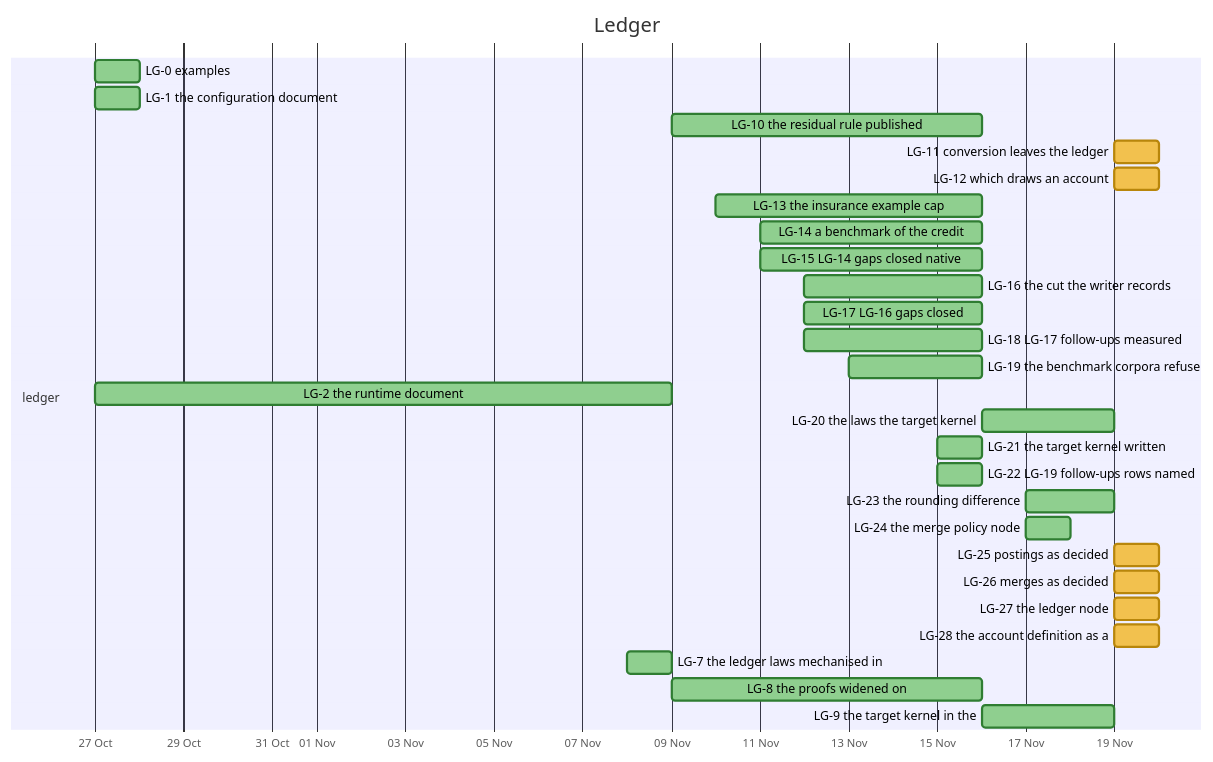
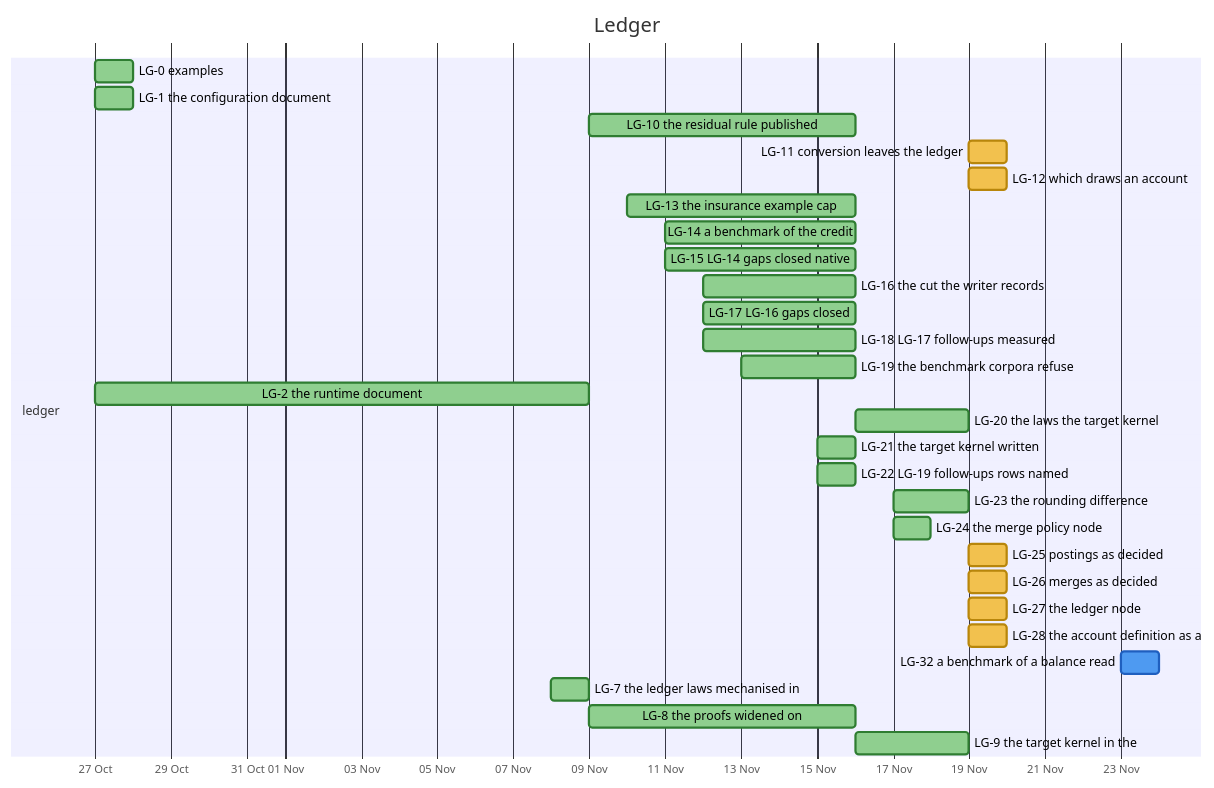
The tenth of 32 diagrams in docs/developer/ROADMAP.md (nebularis/lattice), drawn with Mermaid before and after one commit. The commit also changed other lines of this file and 4 other files, not shown here.

````diff
--- a/docs/developer/ROADMAP.md
+++ b/docs/developer/ROADMAP.md
@@ -338,33 +338,34 @@
 ```mermaid
 %%{init: {"themeVariables": {"taskBkgColor": "#f2c14e", "taskBorderColor": "#b8860b", "taskTextColor": "#000000", "activeTaskBkgColor": "#4e9af1", "activeTaskBorderColor": "#1f5fbf", "activeTaskBorderColor": "#1f5fbf", "doneTaskBkgColor": "#8fcf8f", "doneTaskBorderColor": "#2f7d32", "critBkgColor": "#f28b82", "critBorderColor": "#b23a30", "taskTextDarkColor": "#000000", "taskTextLightColor": "#000000"}}}%%
 gantt
     title Ledger
     dateFormat YYYY-MM-DD
     axisFormat %d %b
     section ledger
     LG-0 examples :done, lg0, 2026-10-27, 2026-10-28
     LG-1 the configuration document :done, lg1, 2026-10-27, 2026-10-28
     LG-10 the residual rule published :done, lg10, 2026-11-09, 2026-11-16
     LG-11 conversion leaves the ledger :lg11, 2026-11-19, 2026-11-20
     LG-12 which draws an account :lg12, 2026-11-19, 2026-11-20
     LG-13 the insurance example cap :done, lg13, 2026-11-10, 2026-11-16
     LG-14 a benchmark of the credit :done, lg14, 2026-11-11, 2026-11-16
     LG-15 LG-14 gaps closed native :done, lg15, 2026-11-11, 2026-11-16
     LG-16 the cut the writer records :done, lg16, 2026-11-12, 2026-11-16
     LG-17 LG-16 gaps closed :done, lg17, 2026-11-12, 2026-11-16
     LG-18 LG-17 follow-ups measured :done, lg18, 2026-11-12, 2026-11-16
     LG-19 the benchmark corpora refuse :done, lg19, 2026-11-13, 2026-11-16
     LG-2 the runtime document :done, lg2, 2026-10-27, 2026-11-09
     LG-20 the laws the target kernel :done, lg20, 2026-11-16, 2026-11-19
     LG-21 the target kernel written :done, lg21, 2026-11-15, 2026-11-16
     LG-22 LG-19 follow-ups rows named :done, lg22, 2026-11-15, 2026-11-16
     LG-23 the rounding difference :done, lg23, 2026-11-17, 2026-11-19
     LG-24 the merge policy node :done, lg24, 2026-11-17, 2026-11-18
     LG-25 postings as decided :lg25, 2026-11-19, 2026-11-20
     LG-26 merges as decided :lg26, 2026-11-19, 2026-11-20
     LG-27 the ledger node :lg27, 2026-11-19, 2026-11-20
     LG-28 the account definition as a :lg28, 2026-11-19, 2026-11-20
+    LG-32 a benchmark of a balance read :active, lg32, 2026-11-23, 2026-11-24
     LG-7 the ledger laws mechanised in :done, lg7, 2026-11-08, 2026-11-09
     LG-8 the proofs widened on :done, lg8, 2026-11-09, 2026-11-16
     LG-9 the target kernel in the :done, lg9, 2026-11-16, 2026-11-19
 ```
````
